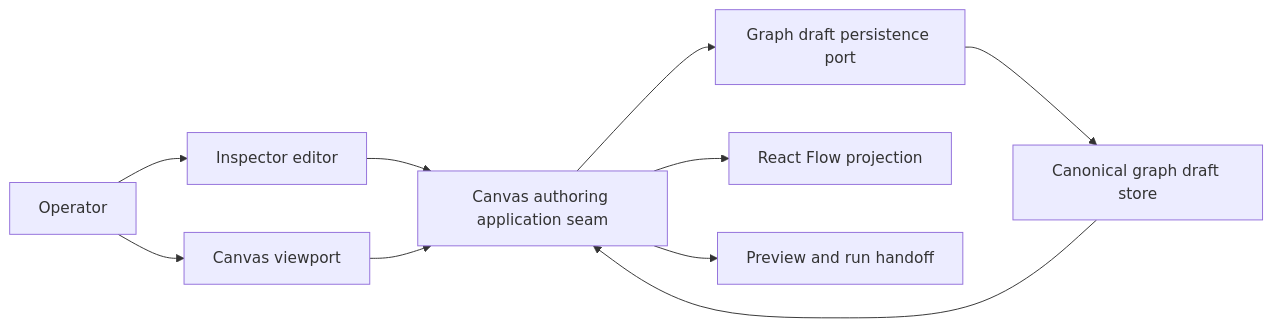
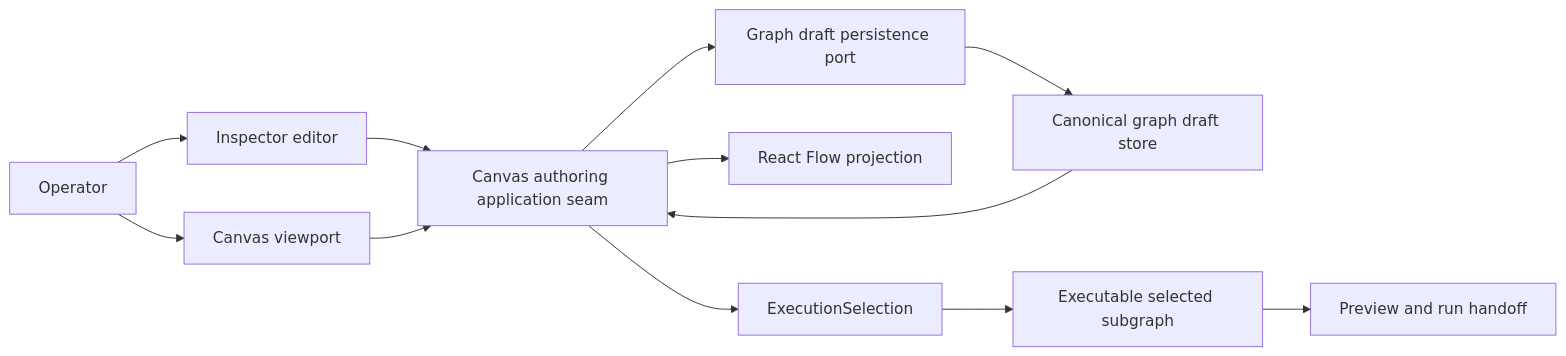
One commit to dunay2/dvt changed the second of 2 diagrams in docs/planning/proposals/mandatory/frontend-and-ux/tf-e2-production-node-authoring-and-persistence-plan-20260416.md. Above: the diagram before and after it, drawn with Mermaid. The commit also changed other lines of this file and 15 other files, not shown here.

````diff
--- a/docs/planning/proposals/mandatory/frontend-and-ux/tf-e2-production-node-authoring-and-persistence-plan-20260416.md
+++ b/docs/planning/proposals/mandatory/frontend-and-ux/tf-e2-production-node-authoring-and-persistence-plan-20260416.md
@@ -145,12 +156,14 @@
 ```mermaid
 flowchart LR
   U["Operator"] --> INS["Inspector editor"]
   U --> VP["Canvas viewport"]
   INS --> APP["Canvas authoring application seam"]
   VP --> APP
   APP --> PORT["Graph draft persistence port"]
   PORT --> CANON["Canonical graph draft store"]
   CANON --> APP
   APP --> RF["React Flow projection"]
-  APP --> PREVIEW["Preview and run handoff"]
+  APP --> SEL["ExecutionSelection"]
+  SEL --> SUB["Executable selected subgraph"]
+  SUB --> PREVIEW["Preview and run handoff"]
 ```
````
